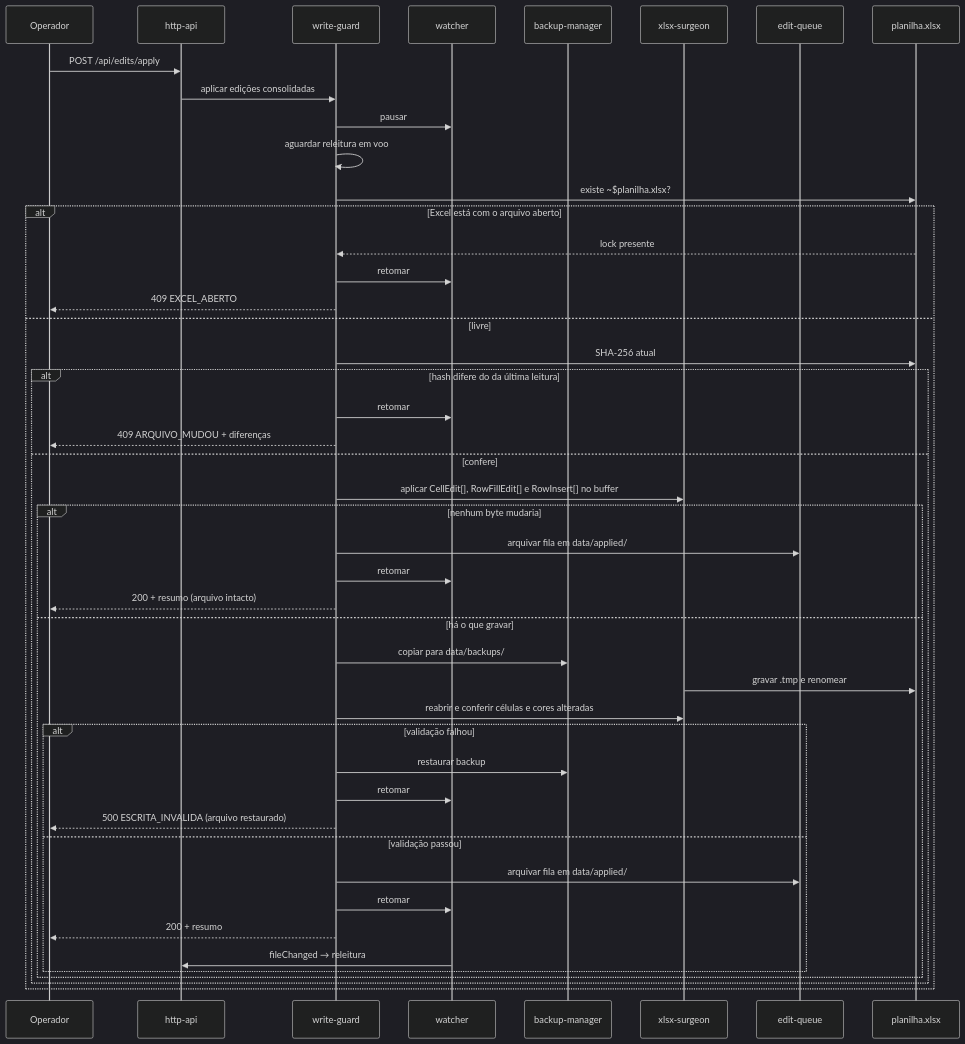
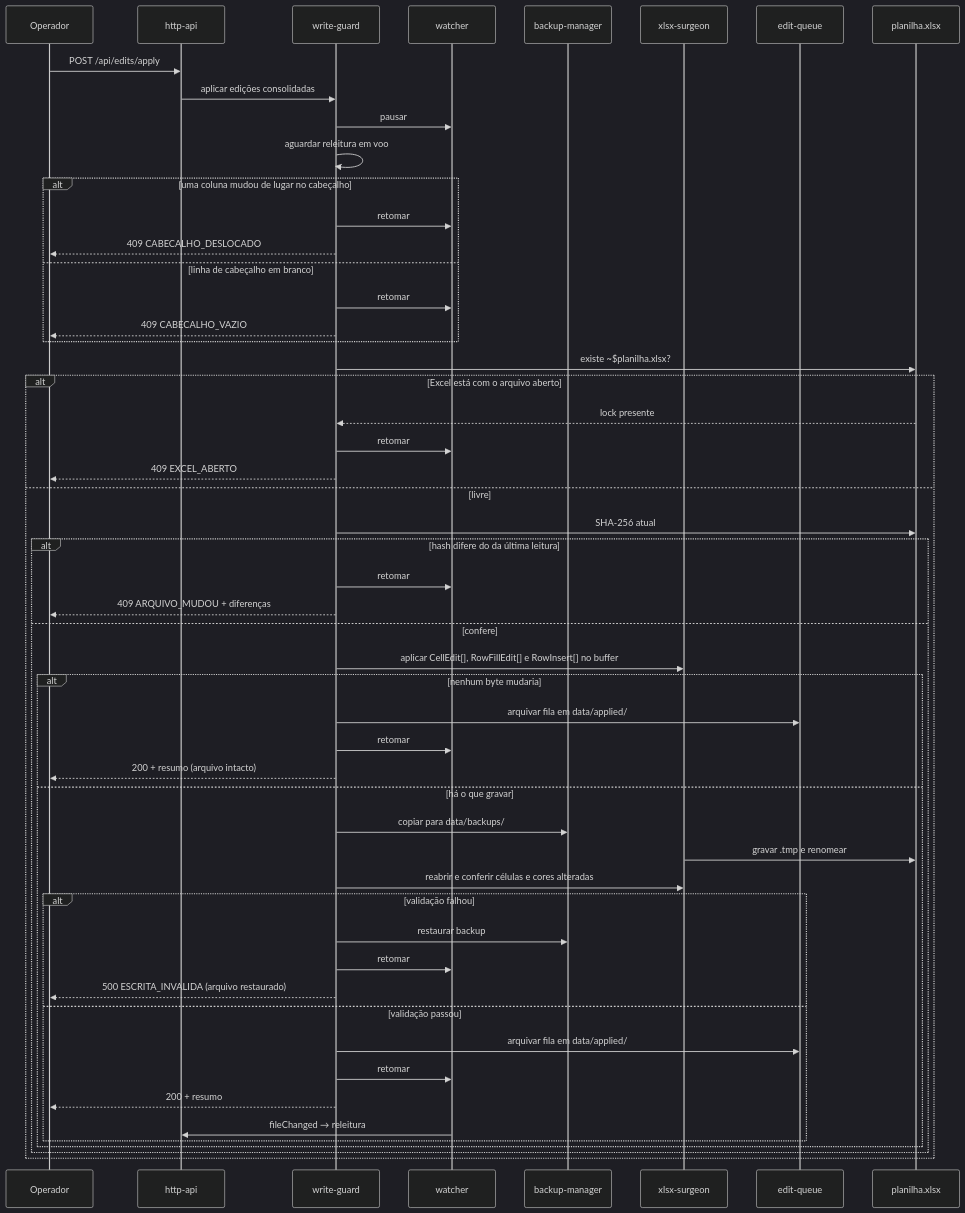
Before and after one commit to rodrigo-norys/cronoscomex: the fifth of 6 diagrams in docs/04-arquitetura.md, drawn with Mermaid (dark theme). The commit also changed 3 other files, not shown here.

````diff
--- a/docs/04-arquitetura.md
+++ b/docs/04-arquitetura.md
@@ -207,49 +207,56 @@
 ```mermaid
 sequenceDiagram
     participant U as Operador
     participant API as http-api
     participant G as write-guard
     participant W as watcher
     participant B as backup-manager
     participant S as xlsx-surgeon
     participant Q as edit-queue
     participant F as planilha.xlsx
 
     U->>API: POST /api/edits/apply
     API->>G: aplicar edições consolidadas
     G->>W: pausar
     G->>G: aguardar releitura em voo
+    alt uma coluna mudou de lugar no cabeçalho
+        G->>W: retomar
+        G-->>U: 409 CABECALHO_DESLOCADO
+    else linha de cabeçalho em branco
+        G->>W: retomar
+        G-->>U: 409 CABECALHO_VAZIO
+    end
     G->>F: existe ~$planilha.xlsx?
     alt Excel está com o arquivo aberto
         F-->>G: lock presente
         G->>W: retomar
         G-->>U: 409 EXCEL_ABERTO
     else livre
         G->>F: SHA-256 atual
         alt hash difere do da última leitura
             G->>W: retomar
             G-->>U: 409 ARQUIVO_MUDOU + diferenças
         else confere
             G->>S: aplicar CellEdit[], RowFillEdit[] e RowInsert[] no buffer
             alt nenhum byte mudaria
                 G->>Q: arquivar fila em data/applied/
                 G->>W: retomar
                 G-->>U: 200 + resumo (arquivo intacto)
             else há o que gravar
                 G->>B: copiar para data/backups/
                 S->>F: gravar .tmp e renomear
                 G->>S: reabrir e conferir células e cores alteradas
                 alt validação falhou
                     G->>B: restaurar backup
                     G->>W: retomar
                     G-->>U: 500 ESCRITA_INVALIDA (arquivo restaurado)
                 else validação passou
                     G->>Q: arquivar fila em data/applied/
                     G->>W: retomar
                     G-->>U: 200 + resumo
                     W->>API: fileChanged → releitura
                 end
             end
         end
     end
 ```
````
